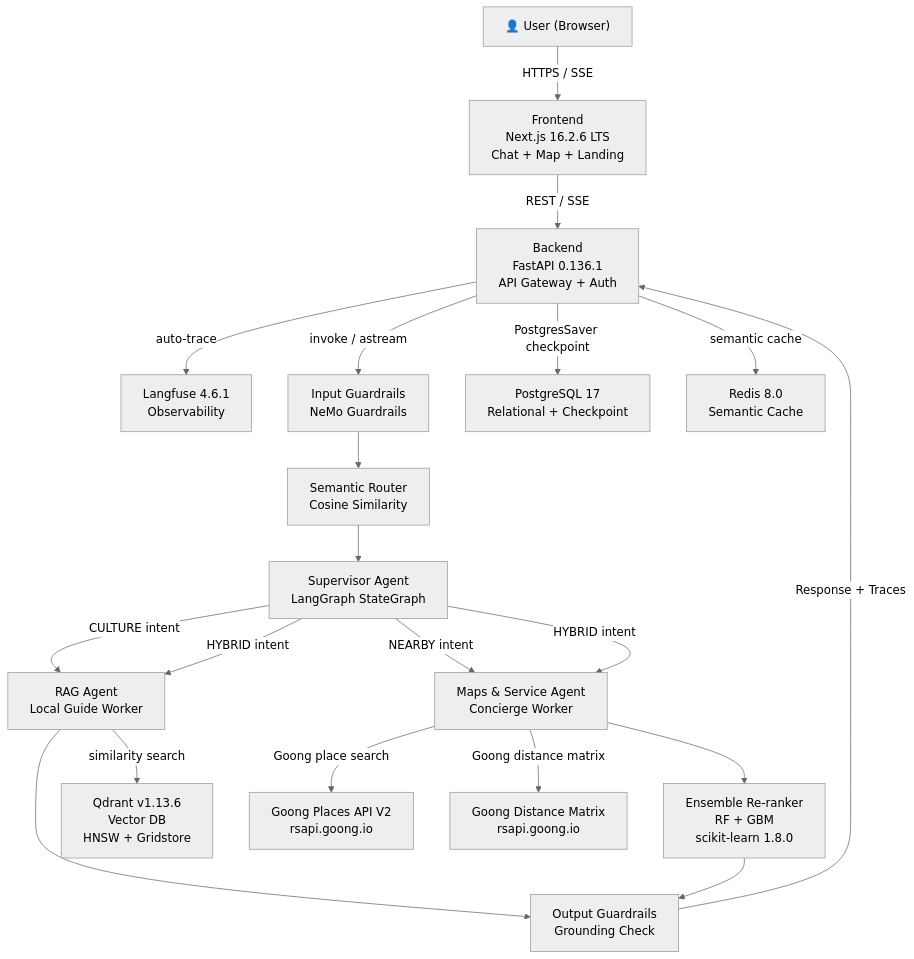
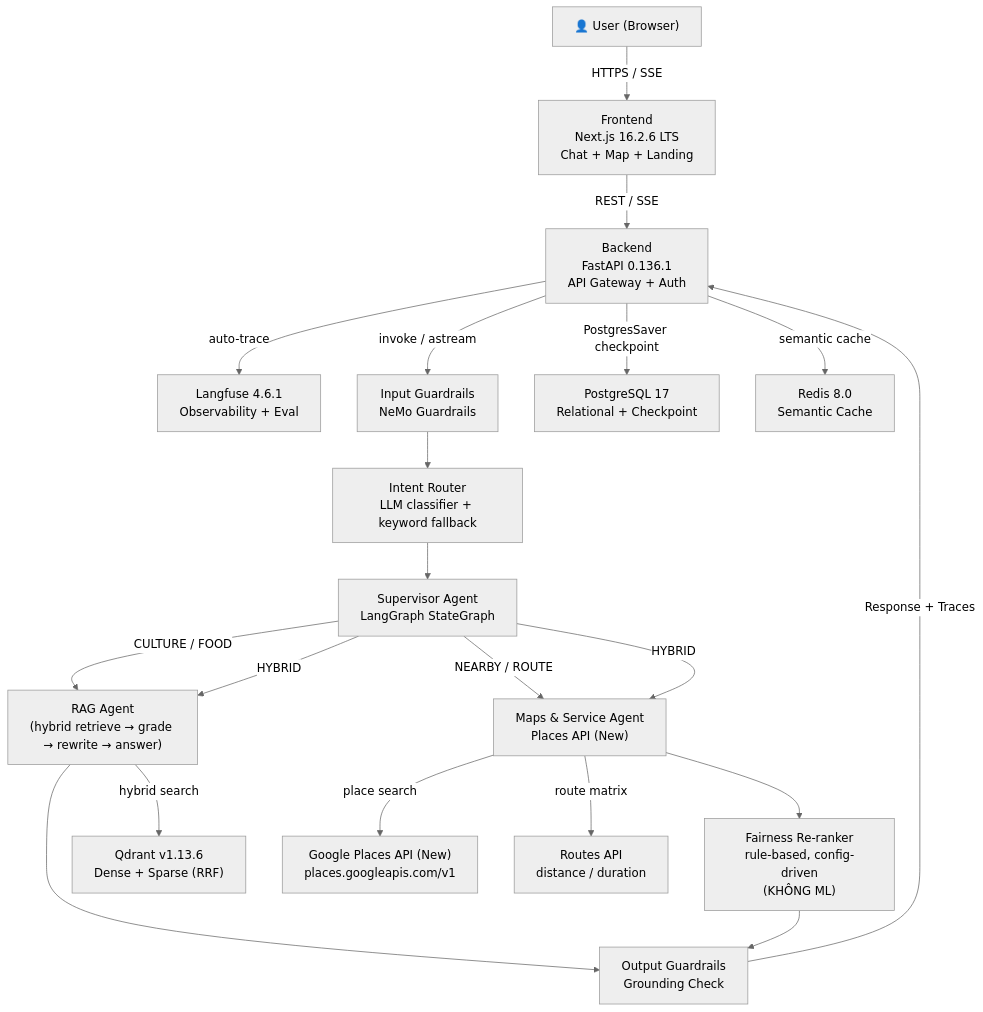
One commit to thanhnndev/citd-hk1-project changed the first of 9 diagrams in docs/REQUIREMENTS.md. Above: the diagram before and after it, drawn with Mermaid (neutral theme). The commit also changed other lines of this file, not shown here.

````diff
--- a/docs/REQUIREMENTS.md
+++ b/docs/REQUIREMENTS.md
@@ -330,41 +364,41 @@
 ```mermaid
 graph TD
     User["👤 User (Browser)"]
     FE["Frontend\nNext.js 16.2.6 LTS\nChat + Map + Landing"]
     BE["Backend\nFastAPI 0.136.1\nAPI Gateway + Auth"]
-    LF["Langfuse 4.6.1\nObservability"]
+    LF["Langfuse 4.6.1\nObservability + Eval"]
 
     IG["Input Guardrails\nNeMo Guardrails"]
-    SR["Semantic Router\nCosine Similarity"]
+    RT["Intent Router\nLLM classifier + keyword fallback"]
     SUP["Supervisor Agent\nLangGraph StateGraph"]
-    RAG["RAG Agent\nLocal Guide Worker"]
-    MAPS["Maps & Service Agent\nConcierge Worker"]
-    RR["Ensemble Re-ranker\nRF + GBM\nscikit-learn 1.8.0"]
+    RAG["RAG Agent\n(hybrid retrieve → grade → rewrite → answer)"]
+    MAPS["Maps & Service Agent\nPlaces API (New)"]
+    FR["Fairness Re-ranker\nrule-based, config-driven\n(KHÔNG ML)"]
     OG["Output Guardrails\nGrounding Check"]
 
-    QD["Qdrant v1.13.6\nVector DB\nHNSW + Gridstore"]
-    PA["Goong Places API V2\nrsapi.goong.io"]
-    RT["Goong Distance Matrix\nrsapi.goong.io"]
+    QD["Qdrant v1.13.6\nDense + Sparse (RRF)"]
+    PA["Google Places API (New)\nplaces.googleapis.com/v1"]
+    RR["Routes API\ndistance / duration"]
     PG["PostgreSQL 17\nRelational + Checkpoint"]
     RD["Redis 8.0\nSemantic Cache"]
 
     User -->|HTTPS / SSE| FE
     FE -->|REST / SSE| BE
     BE -->|invoke / astream| IG
     BE -->|auto-trace| LF
-    IG --> SR
-    SR --> SUP
-    SUP -->|CULTURE intent| RAG
-    SUP -->|NEARBY intent| MAPS
-    SUP -->|HYBRID intent| RAG
-    SUP -->|HYBRID intent| MAPS
-    RAG -->|similarity search| QD
-    MAPS -->|Goong place search| PA
-    MAPS -->|Goong distance matrix| RT
-    MAPS --> RR
+    IG --> RT
+    RT --> SUP
+    SUP -->|CULTURE / FOOD| RAG
+    SUP -->|NEARBY / ROUTE| MAPS
+    SUP -->|HYBRID| RAG
+    SUP -->|HYBRID| MAPS
+    RAG -->|hybrid search| QD
+    MAPS -->|place search| PA
+    MAPS -->|route matrix| RR
+    MAPS --> FR
     RAG --> OG
-    RR --> OG
+    FR --> OG
     OG -->|Response + Traces| BE
     BE -->|PostgresSaver checkpoint| PG
     BE -->|semantic cache| RD
 ```
````
